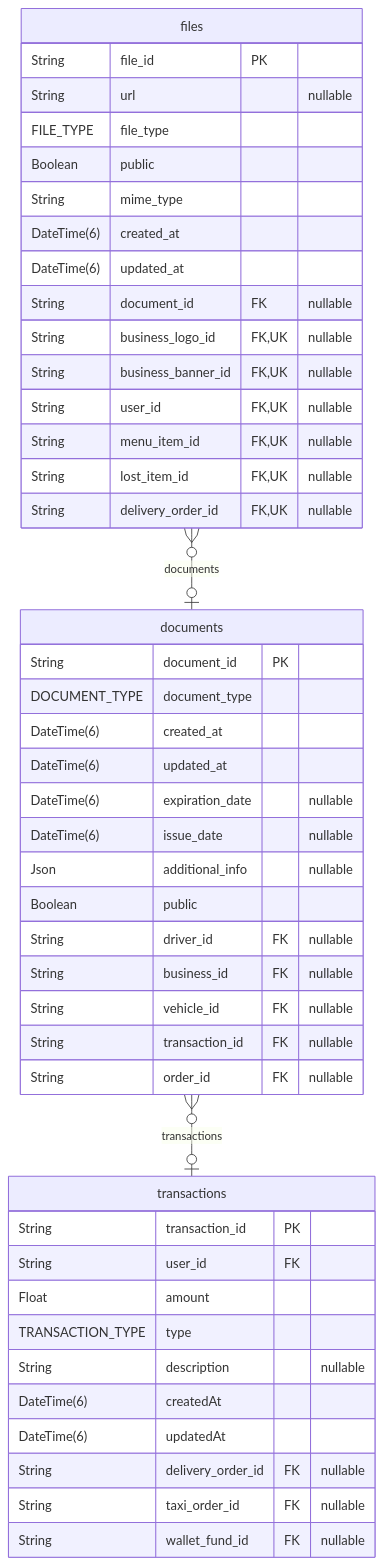
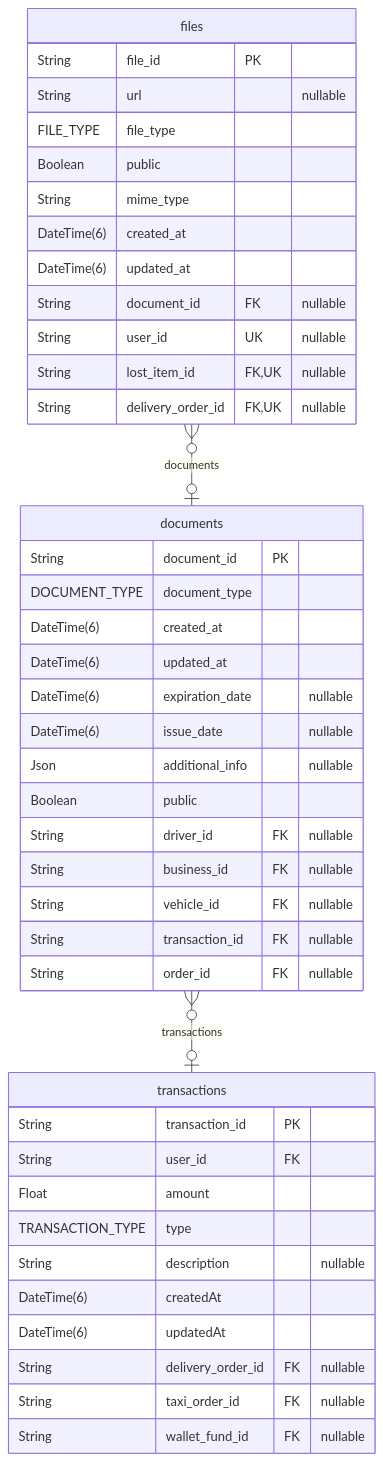
One commit to pbozic/be-analyisis changed the sixth of 39 diagrams in prisma/schemas/ERD.md. Above: the diagram before and after it, drawn with Mermaid. The commit also changed other lines of this file and 6 other files, not shown here.

Commit message:
feature: erd bloat update + relation names change + removed newline in post-processing function

````diff
--- a/prisma/schemas/ERD.md
+++ b/prisma/schemas/ERD.md
@@ -939,48 +800,45 @@
 ```mermaid
 erDiagram
-"files" {
-  String file_id PK
-  String url "nullable"
-  FILE_TYPE file_type
-  Boolean public
-  String mime_type
-  DateTime(6) created_at
-  DateTime(6) updated_at
-  String document_id FK "nullable"
-  String business_logo_id FK,UK "nullable"
-  String business_banner_id FK,UK "nullable"
-  String user_id FK,UK "nullable"
-  String menu_item_id FK,UK "nullable"
-  String lost_item_id FK,UK "nullable"
-  String delivery_order_id FK,UK "nullable"
-}
 "documents" {
   String document_id PK
   DOCUMENT_TYPE document_type
   DateTime(6) created_at
   DateTime(6) updated_at
   DateTime(6) expiration_date "nullable"
   DateTime(6) issue_date "nullable"
   Json additional_info "nullable"
   Boolean public
   String driver_id FK "nullable"
   String business_id FK "nullable"
   String vehicle_id FK "nullable"
   String transaction_id FK "nullable"
   String order_id FK "nullable"
 }
+"files" {
+  String file_id PK
+  String url "nullable"
+  FILE_TYPE file_type
+  Boolean public
+  String mime_type
+  DateTime(6) created_at
+  DateTime(6) updated_at
+  String document_id FK "nullable"
+  String user_id UK "nullable"
+  String lost_item_id FK,UK "nullable"
+  String delivery_order_id FK,UK "nullable"
+}
 "transactions" {
   String transaction_id PK
   String user_id FK
   Float amount
   TRANSACTION_TYPE type
   String description "nullable"
   DateTime(6) createdAt
   DateTime(6) updatedAt
   String delivery_order_id FK "nullable"
   String taxi_order_id FK "nullable"
   String wallet_fund_id FK "nullable"
 }
+"documents" }o--o| "transactions" : transactions
 "files" }o--o| "documents" : documents
-"documents" }o--o| "transactions" : transactions
 ```
````
